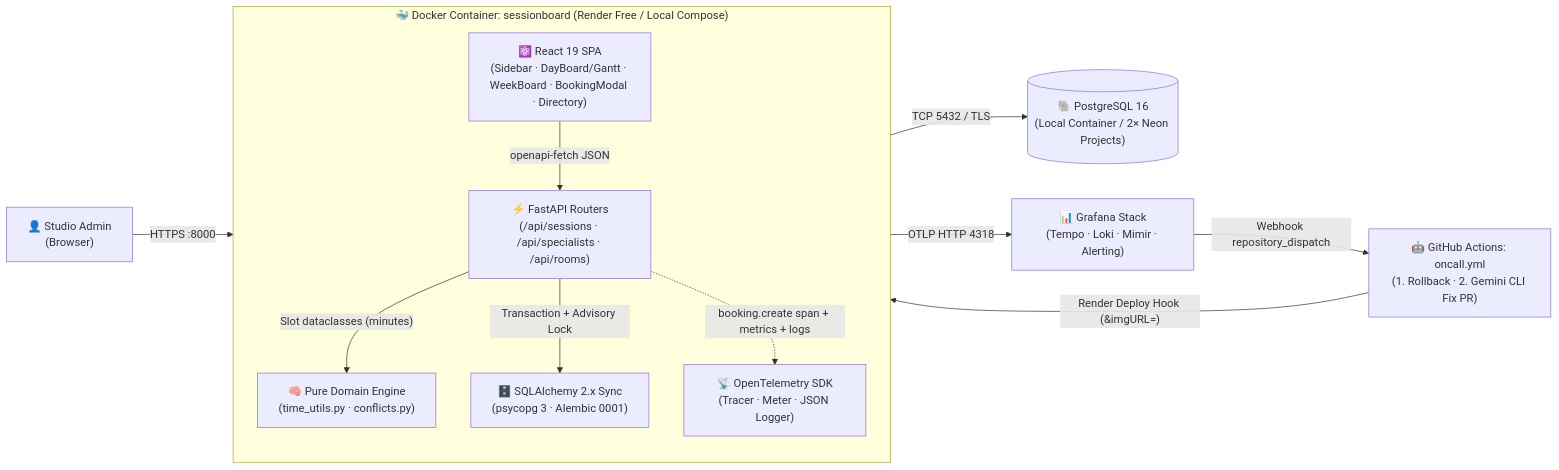
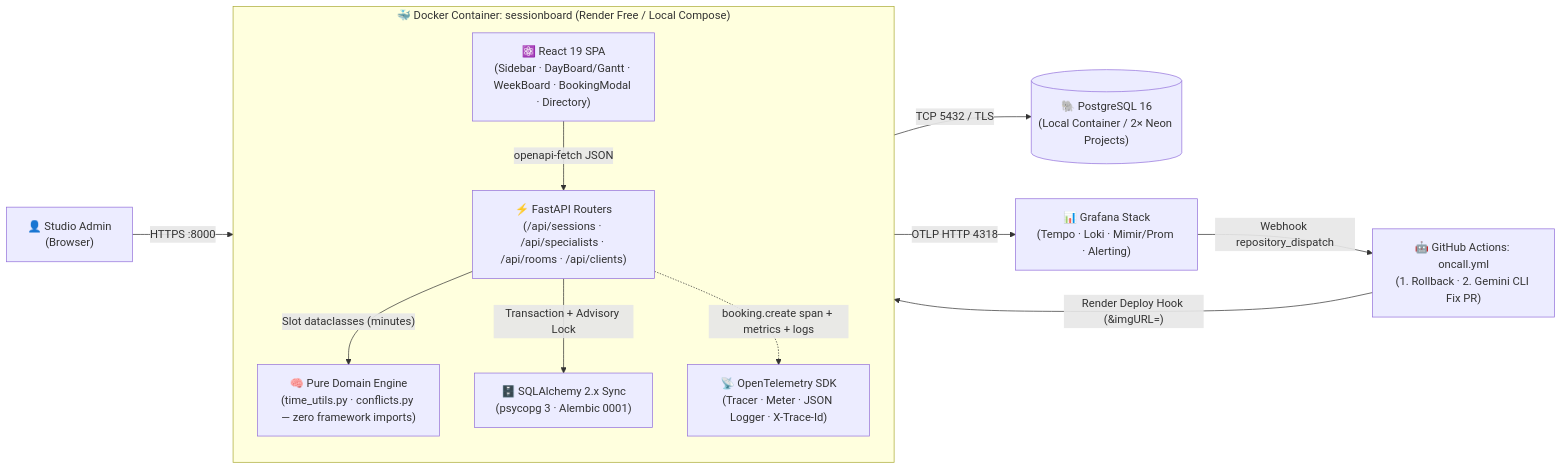
The first of 3 diagrams in README.md (brut0/sessionboard), drawn with Mermaid before and after one commit. The commit also changed other lines of this file and 16 other files, not shown here.

````diff
--- a/README.md
+++ b/README.md
@@ -111,23 +109,23 @@
 ```mermaid
 flowchart LR
   Admin["👤 Studio Admin<br/>(Browser)"] -->|HTTPS :8000| SPA
 
   subgraph APP["🐳 Docker Container: sessionboard (Render Free / Local Compose)"]
     direction TB
     SPA["⚛️ React 19 SPA<br/>(Sidebar · DayBoard/Gantt · WeekBoard · BookingModal · Directory)"]
-    API["⚡ FastAPI Routers<br/>(/api/sessions · /api/specialists · /api/rooms)"]
-    DOM["🧠 Pure Domain Engine<br/>(time_utils.py · conflicts.py)"]
+    API["⚡ FastAPI Routers<br/>(/api/sessions · /api/specialists · /api/rooms · /api/clients)"]
+    DOM["🧠 Pure Domain Engine<br/>(time_utils.py · conflicts.py — zero framework imports)"]
     ORM["🗄️ SQLAlchemy 2.x Sync<br/>(psycopg 3 · Alembic 0001)"]
-    OTEL["📡 OpenTelemetry SDK<br/>(Tracer · Meter · JSON Logger)"]
+    OTEL["📡 OpenTelemetry SDK<br/>(Tracer · Meter · JSON Logger · X-Trace-Id)"]
 
     SPA -->|"openapi-fetch JSON"| API
     API -->|"Slot dataclasses (minutes)"| DOM
     API -->|"Transaction + Advisory Lock"| ORM
     API -. "booking.create span + metrics + logs" .-> OTEL
   end
 
   ORM -->|"TCP 5432 / TLS"| PG[("🐘 PostgreSQL 16<br/>(Local Container / 2× Neon Projects)")]
-  OTEL -->|"OTLP HTTP 4318"| LGTM["📊 Grafana Stack<br/>(Tempo · Loki · Mimir · Alerting)"]
+  OTEL -->|"OTLP HTTP 4318"| LGTM["📊 Grafana Stack<br/>(Tempo · Loki · Mimir/Prom · Alerting)"]
   LGTM -->|"Webhook repository_dispatch"| ONCALL["🤖 GitHub Actions: oncall.yml<br/>(1. Rollback · 2. Gemini CLI Fix PR)"]
   ONCALL -->|"Render Deploy Hook (&imgURL=)"| APP
 ```
````
